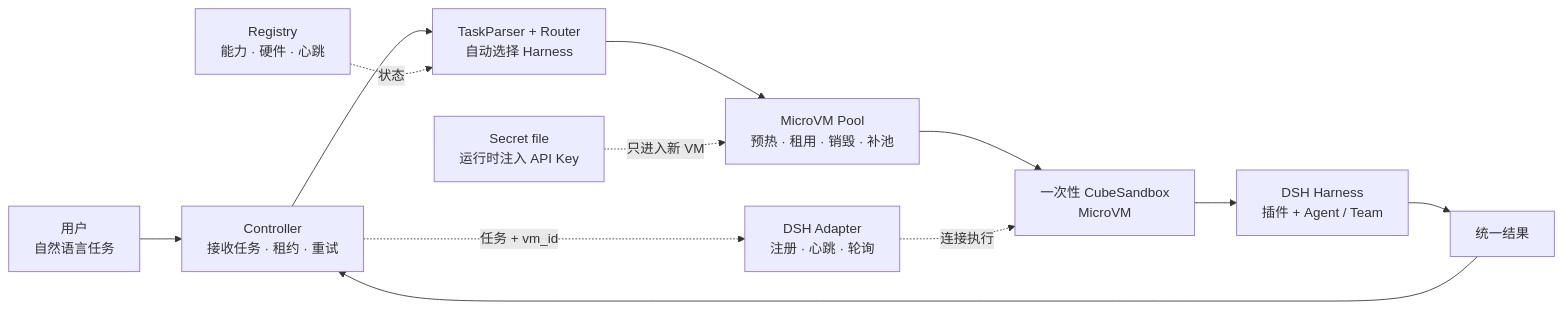
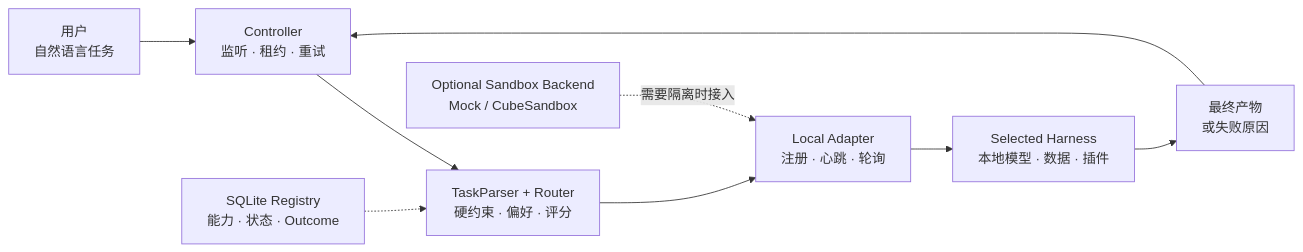
Before and after one commit to ahuidffwkjf/heterogeneous-agent-routing: the first of 2 diagrams in docs/architecture_v2.md, drawn with Mermaid. The commit also changed other lines of this file and 12 other files, not shown here.

Commit message:
feat: make FedHarness local-first

````diff
--- a/docs/architecture_v2.md
+++ b/docs/architecture_v2.md
@@ -5,15 +5,12 @@
 ```mermaid
 flowchart LR
-    User["用户<br/>自然语言任务"] --> Controller["Controller<br/>接收任务 · 租约 · 重试"]
-    Controller --> Router["TaskParser + Router<br/>自动选择 Harness"]
-    Router --> Pool["MicroVM Pool<br/>预热 · 租用 · 销毁 · 补池"]
-    Pool --> VM["一次性 CubeSandbox<br/>MicroVM"]
-    VM --> Harness["DSH Harness<br/>插件 + Agent / Team"]
-    Harness --> Result["统一结果"]
+    User["用户<br/>自然语言任务"] --> Controller["Controller<br/>监听 · 租约 · 重试"]
+    Controller --> Router["TaskParser + Router<br/>硬约束 · 偏好 · 评分"]
+    Registry["SQLite Registry<br/>能力 · 状态 · Outcome"] -.-> Router
+    Router --> Adapter["Local Adapter<br/>注册 · 心跳 · 轮询"]
+    Adapter --> Harness["Selected Harness<br/>本地模型 · 数据 · 插件"]
+    Harness --> Result["最终产物<br/>或失败原因"]
     Result --> Controller
 
-    Registry["Registry<br/>能力 · 硬件 · 心跳"] -. "状态" .-> Router
-    Controller -. "任务 + vm_id" .-> Adapter["DSH Adapter<br/>注册 · 心跳 · 轮询"]
-    Adapter -. "连接执行" .-> VM
-    Secret["Secret file<br/>运行时注入 API Key"] -. "只进入新 VM" .-> Pool
+    Optional["Optional Sandbox Backend<br/>Mock / CubeSandbox"] -. "需要隔离时接入" .-> Adapter
 ```
````
